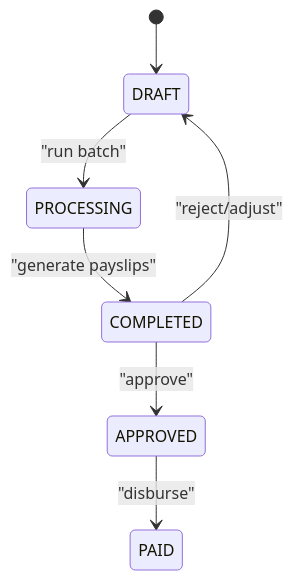
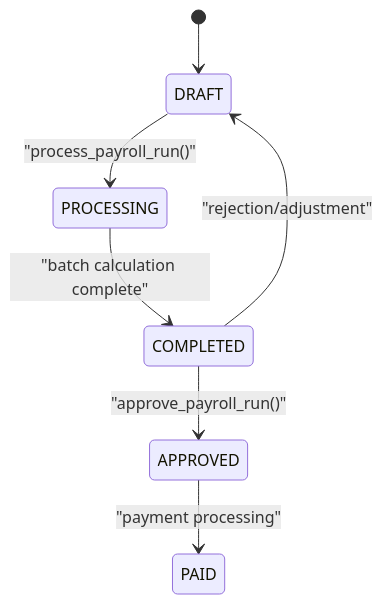
Before and after one commit to bikinaplikasipakeqoder-dot/payroll-hris: the third of 9 diagrams in .qoder/repowiki/en/content/Payroll Processing.md, drawn with Mermaid. The commit also changed other lines of this file and 22 other files, not shown here.

````diff
--- a/.qoder/repowiki/en/content/Payroll Processing.md
+++ b/.qoder/repowiki/en/content/Payroll Processing.md
@@ -188,9 +205,9 @@
 ```mermaid
 stateDiagram-v2
 [*] --> DRAFT
-DRAFT --> PROCESSING : "run batch"
-PROCESSING --> COMPLETED : "generate payslips"
-COMPLETED --> APPROVED : "approve"
-APPROVED --> PAID : "disburse"
-COMPLETED --> DRAFT : "reject/adjust"
+DRAFT --> PROCESSING : "process_payroll_run()"
+PROCESSING --> COMPLETED : "batch calculation complete"
+COMPLETED --> APPROVED : "approve_payroll_run()"
+APPROVED --> PAID : "payment processing"
+COMPLETED --> DRAFT : "rejection/adjustment"
 ```
````
